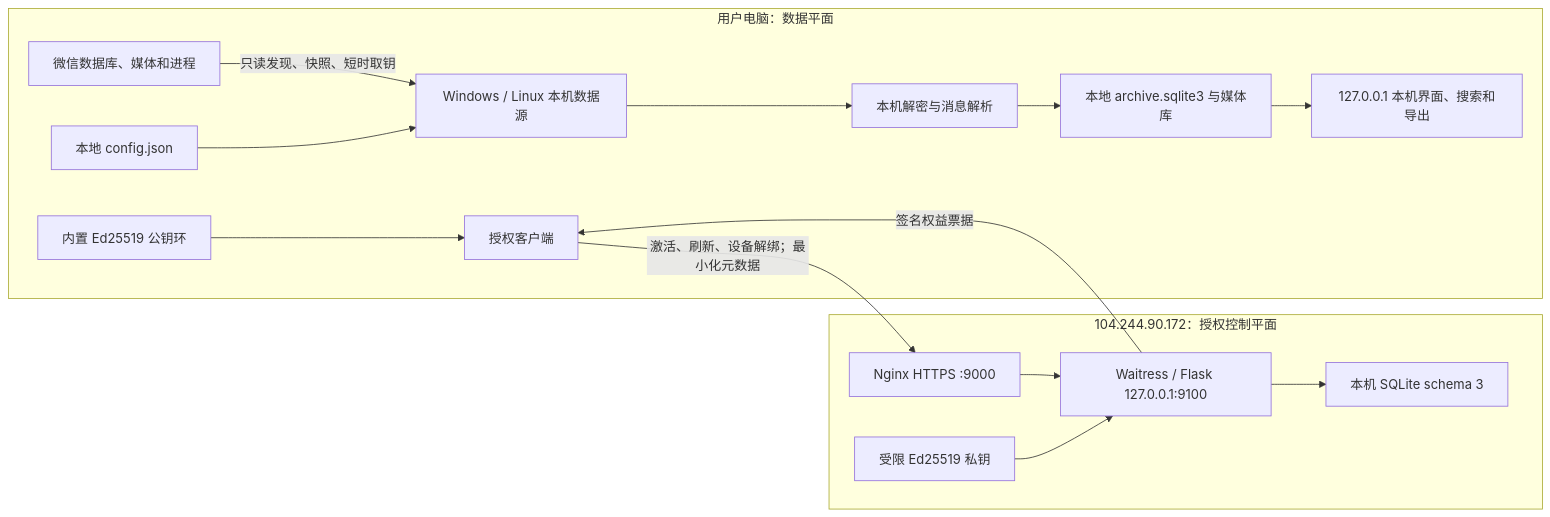
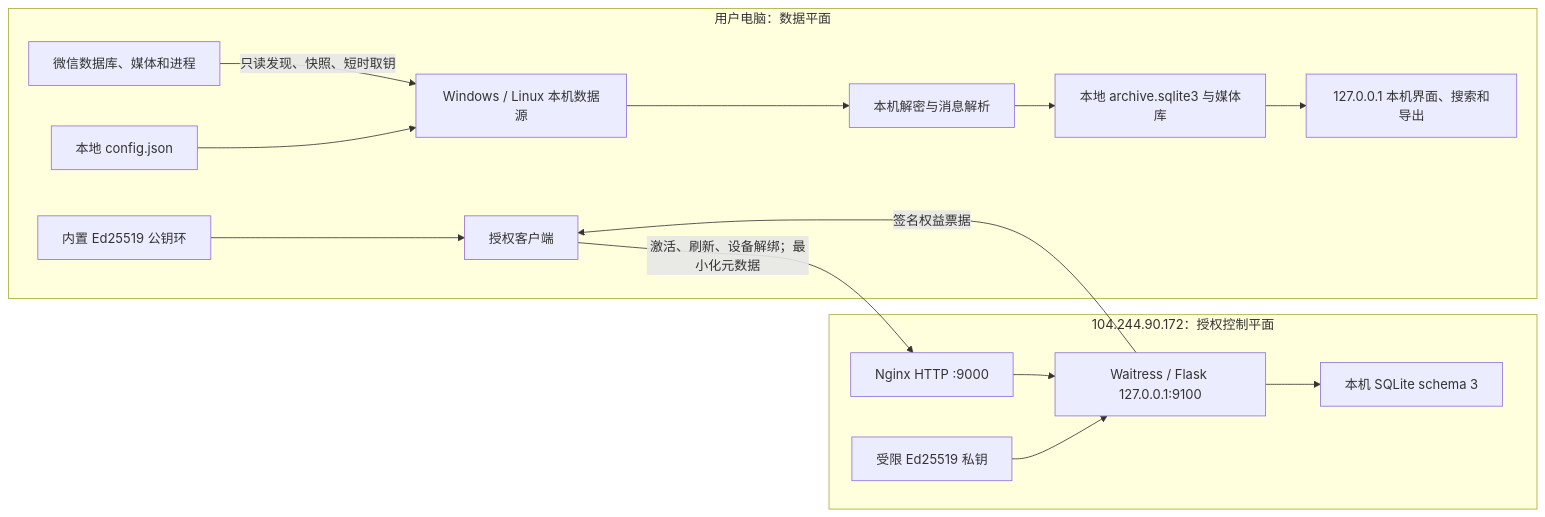
The diagram in docs/DOCUMENTATION_POLICY.md (gladlyknow/WeChatMemory-LicenseServer), drawn with Mermaid before and after one commit. The commit also changed other lines of this file and 33 other files, not shown here.

````diff
--- a/docs/DOCUMENTATION_POLICY.md
+++ b/docs/DOCUMENTATION_POLICY.md
@@ -34,20 +34,20 @@
 ```mermaid
 flowchart LR
     subgraph PC["用户电脑：数据平面"]
         WX["微信数据库、媒体和进程"] -->|"只读发现、快照、短时取钥"| SRC["Windows / Linux 本机数据源"]
         SRC --> DEC["本机解密与消息解析"]
         DEC --> ARC["本地 archive.sqlite3 与媒体库"]
         ARC --> UI["127.0.0.1 本机界面、搜索和导出"]
         CFG["本地 config.json"] --> SRC
         TRUST["内置 Ed25519 公钥环"] --> LIC["授权客户端"]
     end
 
     subgraph CLOUD["104.244.90.172：授权控制平面"]
-        NGINX["Nginx HTTPS :9000"] --> API["Waitress / Flask 127.0.0.1:9100"]
+        NGINX["Nginx HTTP :9000"] --> API["Waitress / Flask 127.0.0.1:9100"]
         API --> DB["本机 SQLite schema 3"]
         KEY["受限 Ed25519 私钥"] --> API
     end
 
     LIC -->|"激活、刷新、设备解绑；最小化元数据"| NGINX
     API -->|"签名权益票据"| LIC
 ```
````
